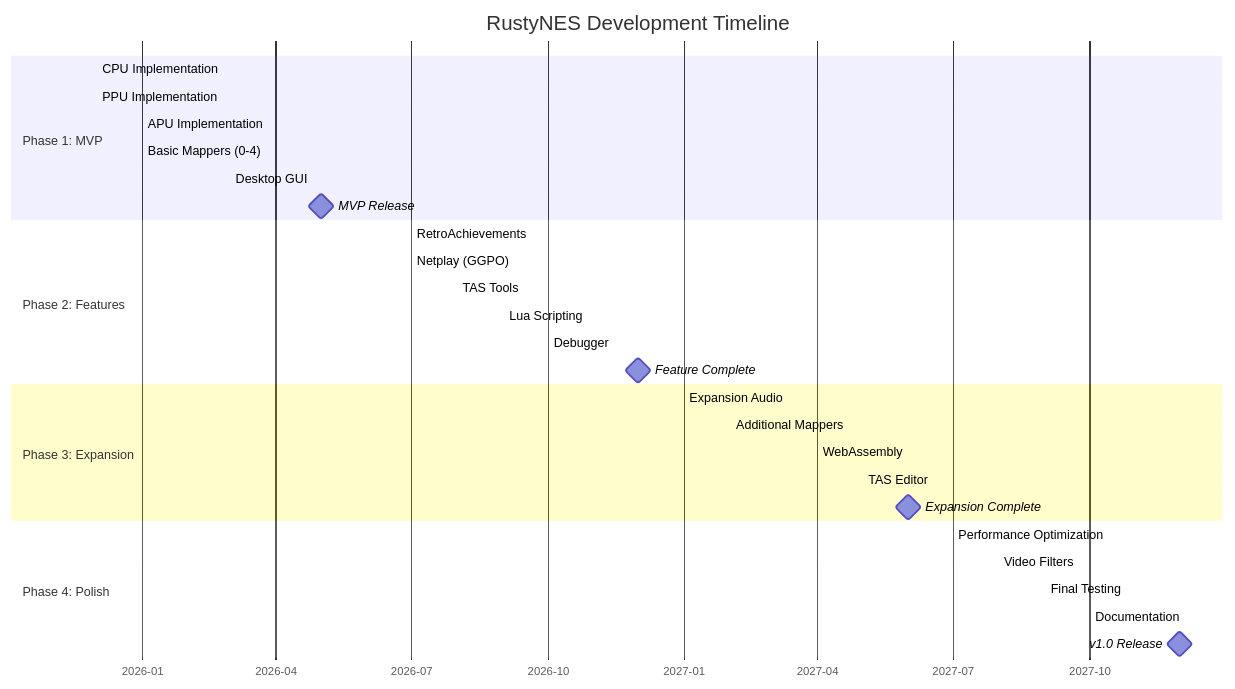
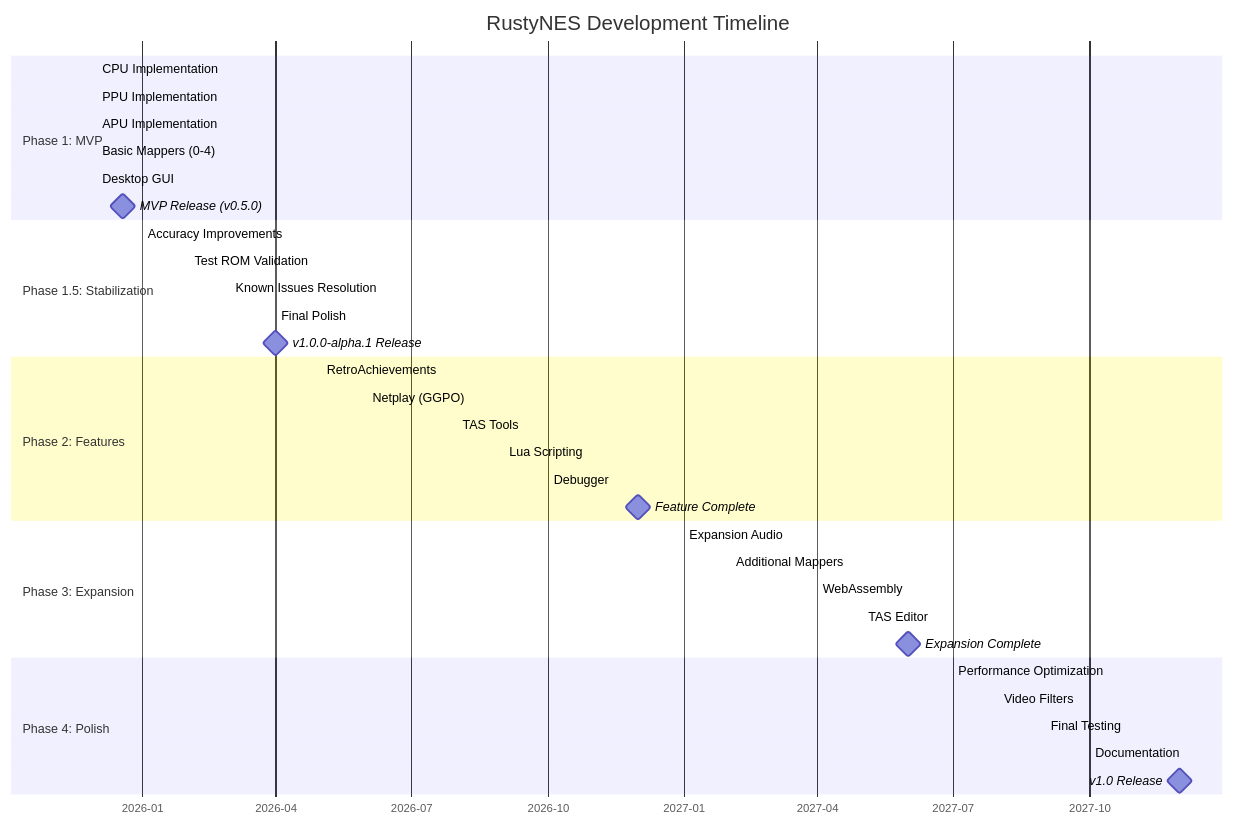
One commit to doublegate/RustyNES changed the diagram in ROADMAP.md. Above: the diagram before and after it, drawn with Mermaid. The commit also changed other lines of this file and 22 other files, not shown here.

First line of the commit message:
docs: add Phase 1.5 (Stabilization & Accuracy) planning documentation

````diff
--- a/ROADMAP.md
+++ b/ROADMAP.md
@@ -97,36 +100,43 @@
 ```mermaid
 gantt
     title RustyNES Development Timeline
     dateFormat YYYY-MM
     axisFormat %Y-%m
 
     section Phase 1: MVP
     CPU Implementation           :done, 2025-12, 1m
     PPU Implementation           :done, 2025-12, 1m
-    APU Implementation           :2026-01, 2m
-    Basic Mappers (0-4)          :2026-01, 2m
-    Desktop GUI                  :2026-03, 2m
-    MVP Release                  :milestone, 2026-05, 0d
+    APU Implementation           :done, 2025-12, 1m
+    Basic Mappers (0-4)          :done, 2025-12, 1m
+    Desktop GUI                  :done, 2025-12, 1m
+    MVP Release (v0.5.0)         :milestone, 2025-12-19, 0d
+
+    section Phase 1.5: Stabilization
+    Accuracy Improvements        :2026-01, 1m
+    Test ROM Validation          :2026-02, 1m
+    Known Issues Resolution      :2026-03, 1m
+    Final Polish                 :2026-04, 1m
+    v1.0.0-alpha.1 Release       :milestone, 2026-04, 0d
 
     section Phase 2: Features
-    RetroAchievements           :2026-07, 2m
-    Netplay (GGPO)              :2026-07, 3m
+    RetroAchievements           :2026-05, 2m
+    Netplay (GGPO)              :2026-06, 3m
     TAS Tools                   :2026-08, 2m
     Lua Scripting               :2026-09, 2m
     Debugger                    :2026-10, 2m
     Feature Complete            :milestone, 2026-12, 0d
 
     section Phase 3: Expansion
     Expansion Audio             :2027-01, 3m
     Additional Mappers          :2027-02, 4m
     WebAssembly                 :2027-04, 2m
     TAS Editor                  :2027-05, 2m
     Expansion Complete          :milestone, 2027-06, 0d
 
     section Phase 4: Polish
     Performance Optimization    :2027-07, 3m
     Video Filters               :2027-08, 2m
     Final Testing               :2027-09, 2m
     Documentation               :2027-10, 2m
     v1.0 Release                :milestone, 2027-12, 0d
 ```
````
